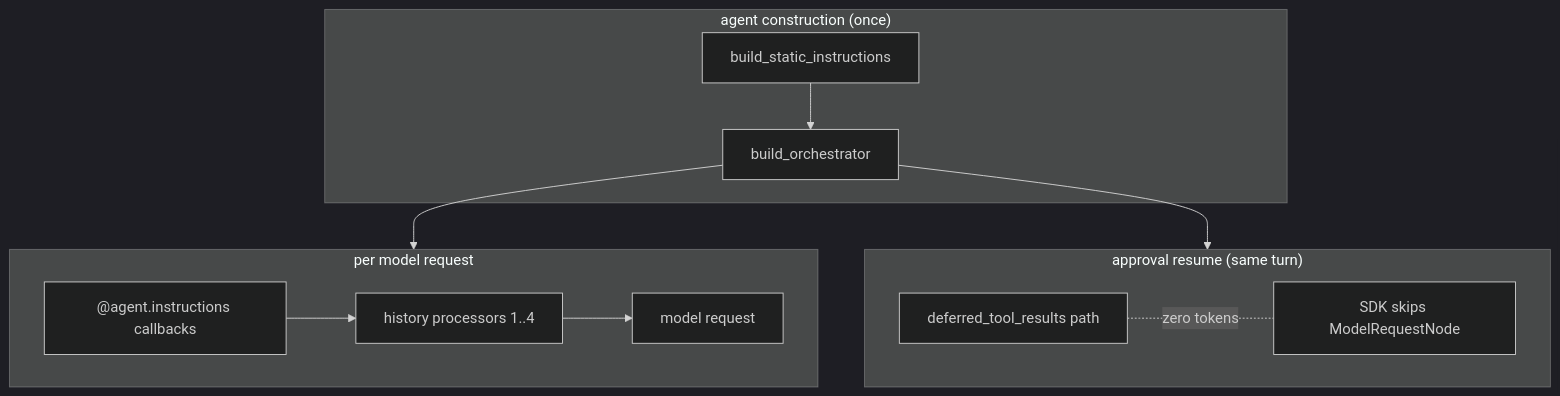
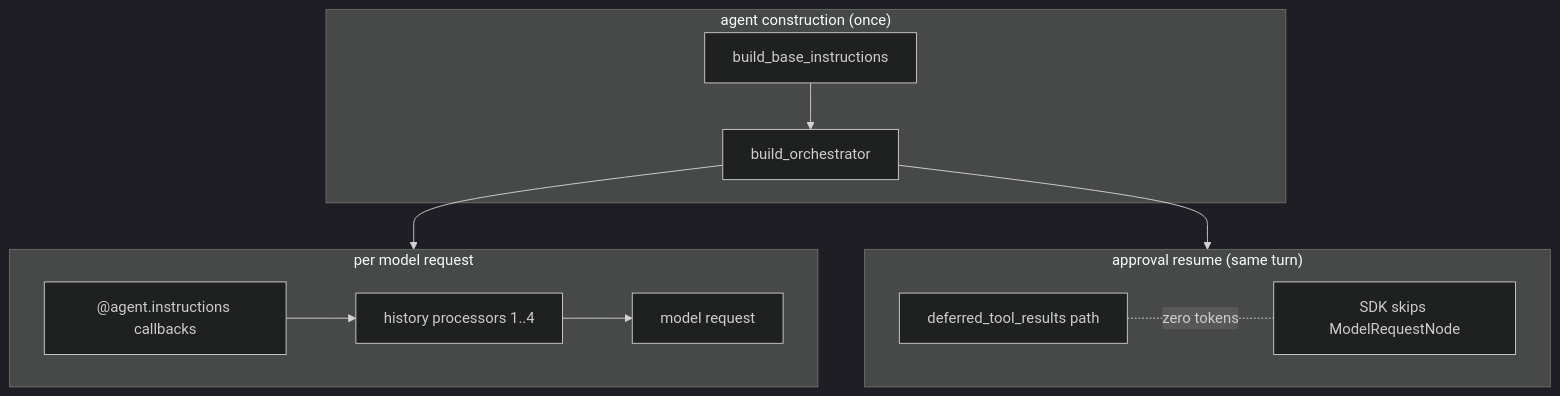
One commit to binlecode/co-cli changed the diagram in docs/specs/prompt-assembly.md. Above: the diagram before and after it, drawn with Mermaid (dark theme). The commit also changed other lines of this file and 80 other files, not shown here.

````diff
--- a/docs/specs/prompt-assembly.md
+++ b/docs/specs/prompt-assembly.md
@@ -14,24 +14,24 @@
 ```mermaid
 flowchart TD
     subgraph Build["agent construction (once)"]
-        Static[build_static_instructions]
+        Static[build_base_instructions]
         MainAgent[build_orchestrator]
         Static --> MainAgent
     end
 
     subgraph PerRequest["per model request"]
         Dynamic["@agent.instructions callbacks"]
         Processors["history processors 1..4"]
         Model[model request]
         Dynamic --> Processors --> Model
     end
 
     subgraph ResumeRequest["approval resume (same turn)"]
         ResumeModel["deferred_tool_results path"]
         ResumeNote["SDK skips ModelRequestNode"]
         ResumeModel -. zero tokens .- ResumeNote
     end
 
     MainAgent --> PerRequest
     MainAgent --> ResumeRequest
 ```
````
